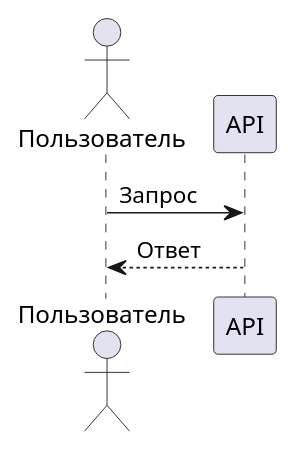
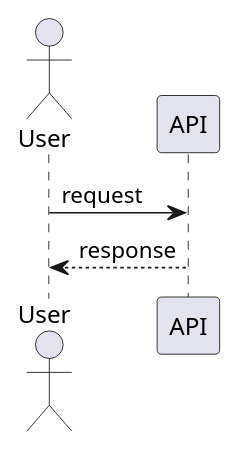
Before and after one commit to iwizy/analyst_kb: the first of 24 diagrams in docs/tools/plantuml.md, drawn with PlantUML. The commit also changed other lines of this file, not shown here.

Commit message:
Обновление материалов по PlantUML

````diff
--- a/docs/tools/plantuml.md
+++ b/docs/tools/plantuml.md
@@ -18,9 +11,8 @@
 ```kroki-plantuml
 @startuml
-' комментарий
-actor "Пользователь" as User
-participant "API" as API
-User -> API : Запрос
-API --> User : Ответ
+actor User
+participant API
+User -> API : request
+API --> User : response
 @enduml
 ```
````
